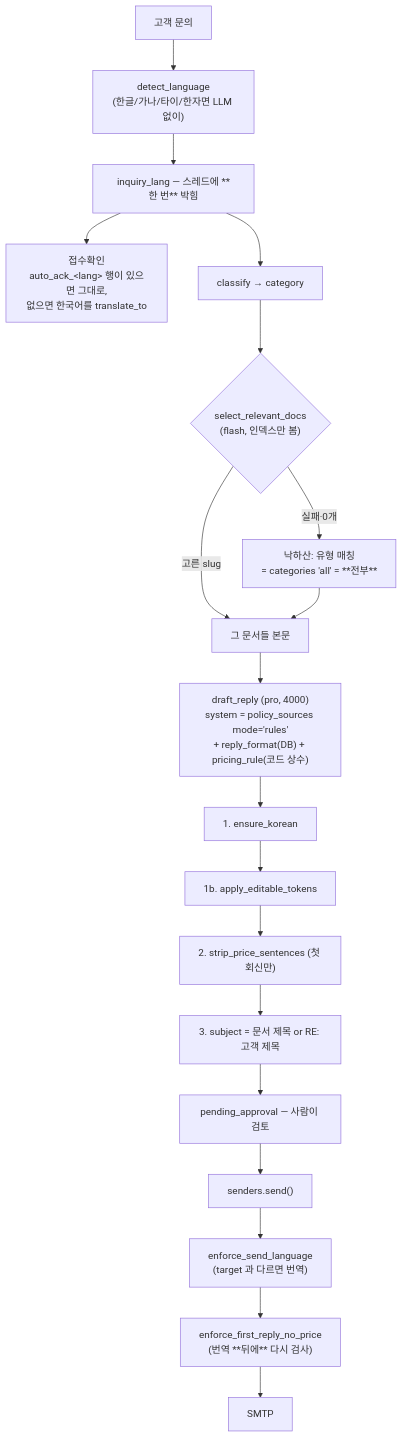
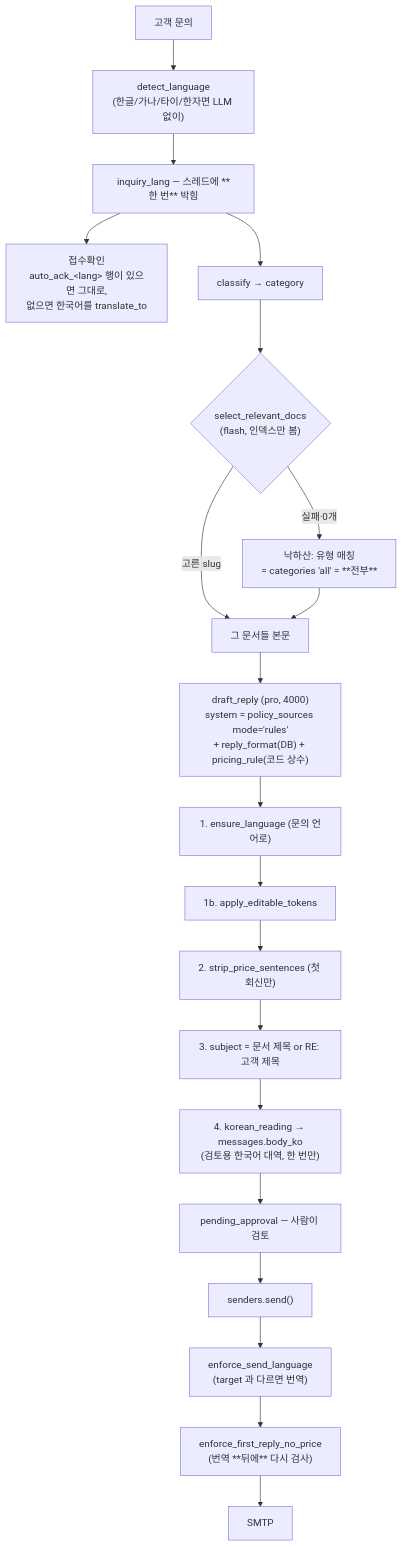
Before and after one commit to alpaka206/sales-automation: the diagram in docs/암묵지/06-모델과-정책문서.md, drawn with Mermaid. The commit also changed other lines of this file and 14 other files, not shown here.

First line of the commit message:
feat: 초안을 나갈 언어로 쓰고, 한국어 대역은 저장해 둔다

````diff
--- a/docs/암묵지/06-모델과-정책문서.md
+++ b/docs/암묵지/06-모델과-정책문서.md
@@ -17,21 +17,22 @@
 ```mermaid
 flowchart TD
     IN["고객 문의"] --> DL["detect_language<br/>(한글/가나/타이/한자면 LLM 없이)"]
     DL --> LANG["inquiry_lang — 스레드에 **한 번** 박힘"]
     LANG --> ACK["접수확인<br/>auto_ack_&lt;lang&gt; 행이 있으면 그대로,<br/>없으면 한국어를 translate_to"]
     LANG --> CLS["classify → category"]
     CLS --> ROUTER{"select_relevant_docs<br/>(flash, 인덱스만 봄)"}
     ROUTER -->|고른 slug| DOCS["그 문서들 본문"]
     ROUTER -->|실패·0개| FB["낙하산: 유형 매칭<br/>= categories 'all' = **전부**"]
     FB --> DOCS
     DOCS --> DRAFT["draft_reply (pro, 4000)<br/>system = policy_sources mode='rules'<br/>+ reply_format(DB) + pricing_rule(코드 상수)"]
-    DRAFT --> G1["1. ensure_korean"]
+    DRAFT --> G1["1. ensure_language (문의 언어로)"]
     G1 --> G2["1b. apply_editable_tokens"]
     G2 --> G3["2. strip_price_sentences (첫 회신만)"]
     G3 --> G4["3. subject = 문서 제목 or RE: 고객 제목"]
-    G4 --> REVIEW["pending_approval — 사람이 검토"]
+    G4 --> G5["4. korean_reading → messages.body_ko<br/>(검토용 한국어 대역, 한 번만)"]
+    G5 --> REVIEW["pending_approval — 사람이 검토"]
     REVIEW --> SEND["senders.send()"]
     SEND --> S1["enforce_send_language<br/>(target 과 다르면 번역)"]
     S1 --> S2["enforce_first_reply_no_price<br/>(번역 **뒤에** 다시 검사)"]
     S2 --> SMTP["SMTP"]
 ```
````
